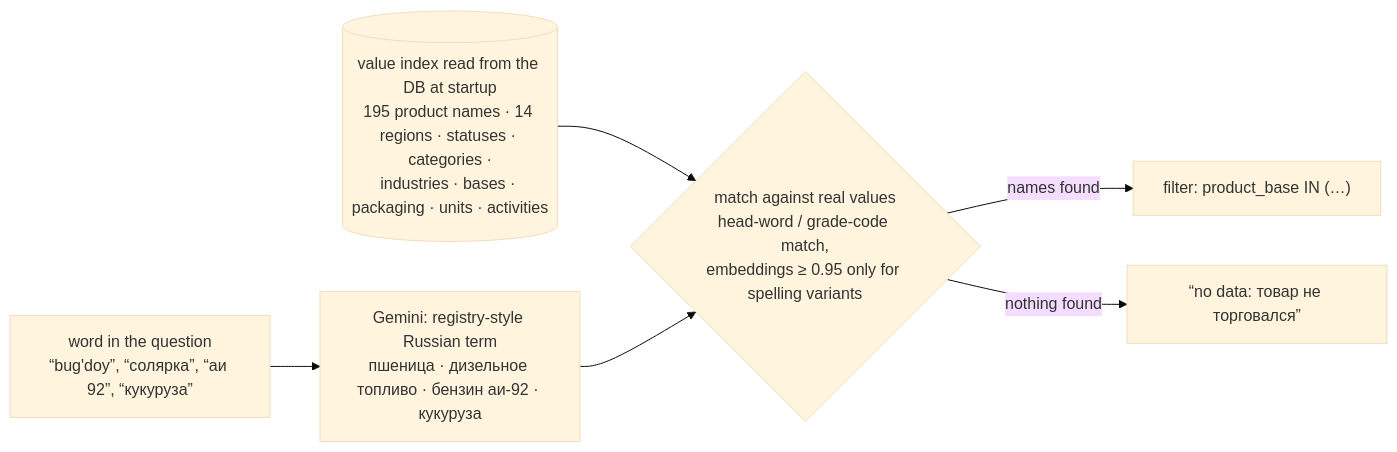
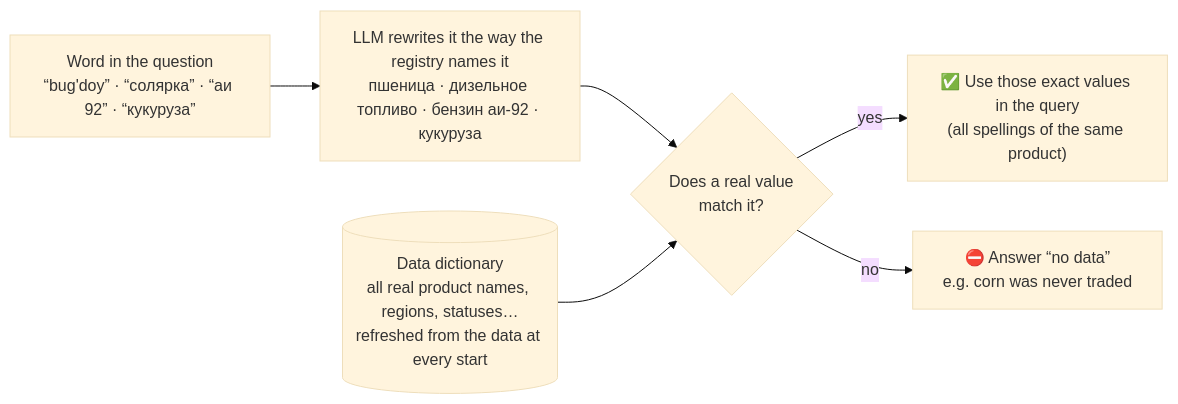
Before and after one commit to omardmv/trade-registry-Q-A-agent: the second of 2 diagrams in README.md, drawn with Mermaid (base theme). The commit also changed other lines of this file and 21 other files, not shown here.

````diff
--- a/README.md
+++ b/README.md
@@ -34,8 +51,13 @@
 ```mermaid
 flowchart LR
-    W["word in the question<br/>“bug'doy”, “солярка”, “аи 92”, “кукуруза”"] --> T["Gemini: registry-style Russian term<br/>пшеница · дизельное топливо · бензин аи-92 · кукуруза"]
-    DB[("value index read from the DB at startup<br/>195 product names · 14 regions · statuses · categories ·<br/>industries · bases · packaging · units · activities")] --> M
-    T --> M{"match against real values<br/>head-word / grade-code match,<br/>embeddings ≥ 0.95 only for spelling variants"}
-    M -->|"names found"| F["filter: product_base IN (…)"]
-    M -->|"nothing found"| N["“no data: товар не торговался”"]
+    W["Word in the question<br/>“bug'doy” · “солярка” · “аи 92” · “кукуруза”"]
+    T["LLM rewrites it the way the registry names it<br/>пшеница · дизельное топливо · бензин аи-92 · кукуруза"]
+    D[("Data dictionary<br/>all real product names, regions, statuses…<br/>refreshed from the data at every start")]
+    M{"Does a real value<br/>match it?"}
+    Y["✅ Use those exact values in the query<br/>(all spellings of the same product)"]
+    N["⛔ Answer “no data”<br/>e.g. corn was never traded"]
+    W --> T --> M
+    D --> M
+    M -->|yes| Y
+    M -->|no| N
 ```
````
